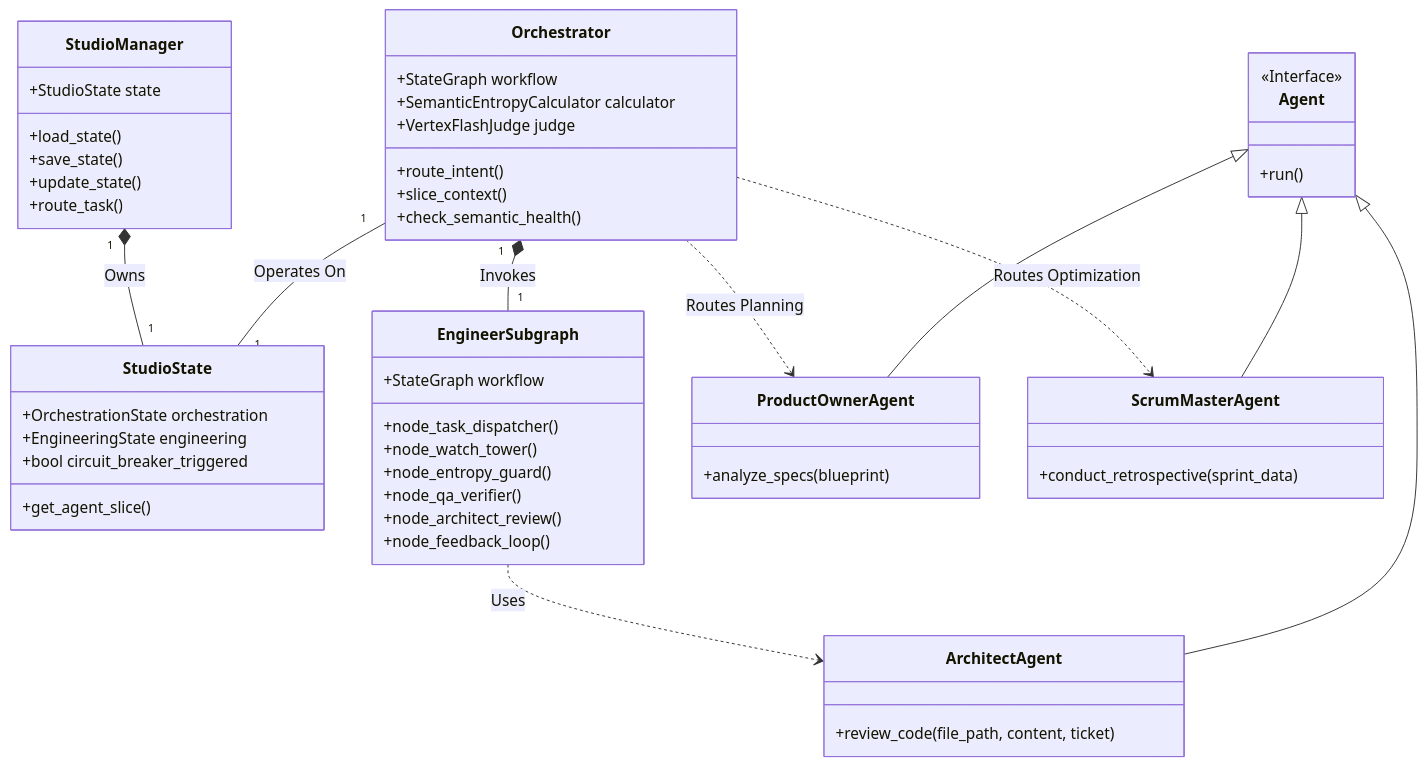
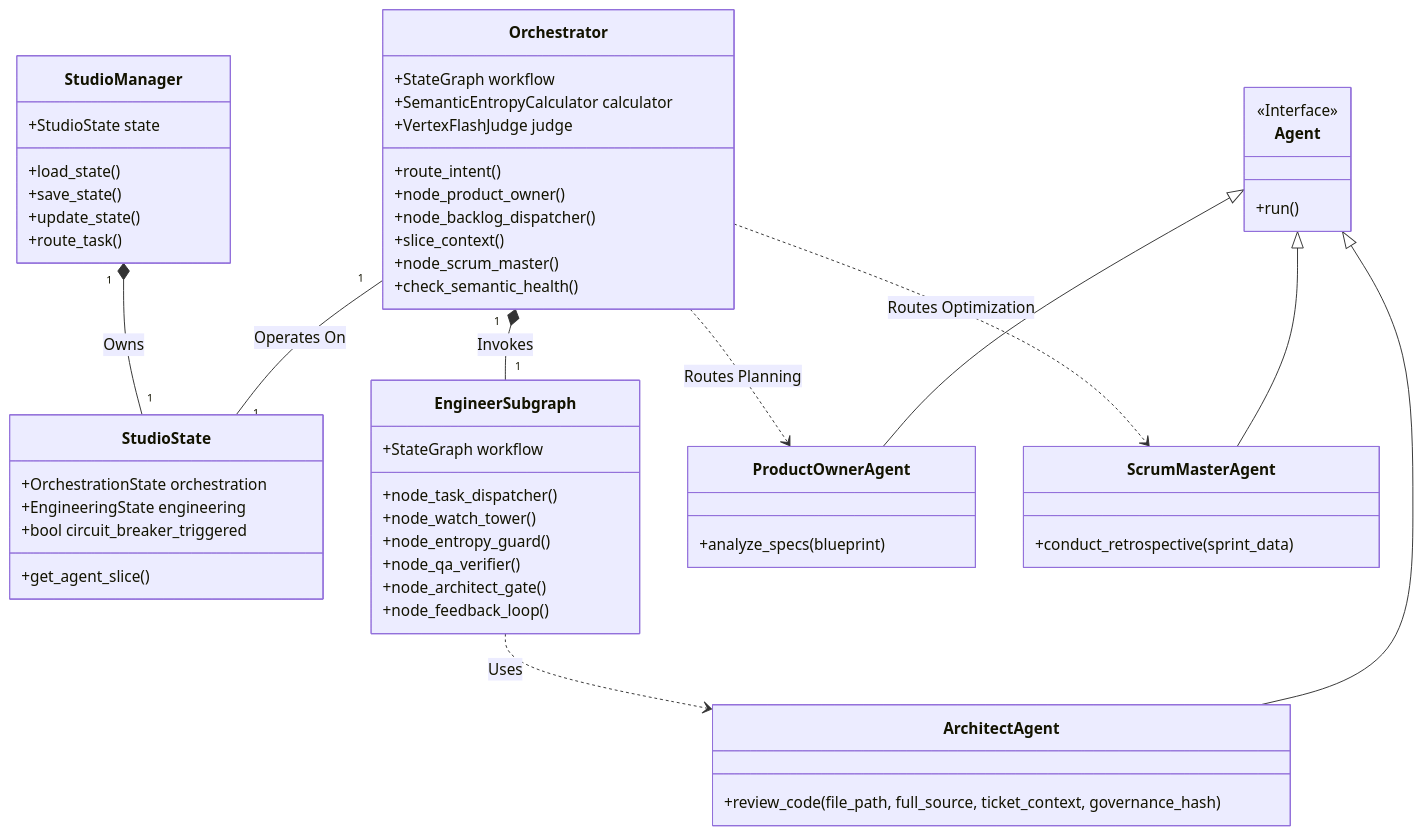
Before and after one commit to jonaschen/ai-bsp-agent: the first of 3 diagrams in DESIGN.md, drawn with Mermaid. The commit also changed other lines of this file and 1 other file, not shown here.

````diff
--- a/DESIGN.md
+++ b/DESIGN.md
@@ -16,63 +16,66 @@
 ```mermaid
 classDiagram
     class StudioManager {
         +StudioState state
         +load_state()
         +save_state()
         +update_state()
         +route_task()
     }
 
     class Orchestrator {
         +StateGraph workflow
         +SemanticEntropyCalculator calculator
         +VertexFlashJudge judge
         +route_intent()
+        +node_product_owner()
+        +node_backlog_dispatcher()
         +slice_context()
+        +node_scrum_master()
         +check_semantic_health()
     }
 
     class StudioState {
         +OrchestrationState orchestration
         +EngineeringState engineering
         +bool circuit_breaker_triggered
         +get_agent_slice()
     }
 
     class EngineerSubgraph {
         +StateGraph workflow
         +node_task_dispatcher()
         +node_watch_tower()
         +node_entropy_guard()
         +node_qa_verifier()
-        +node_architect_review()
+        +node_architect_gate()
         +node_feedback_loop()
     }
 
     class Agent {
         <<Interface>>
         +run()
     }
 
     class ArchitectAgent {
-        +review_code(file_path, content, ticket)
+        +review_code(file_path, full_source, ticket_context, governance_hash)
     }
 
     class ProductOwnerAgent {
         +analyze_specs(blueprint)
     }
 
     class ScrumMasterAgent {
         +conduct_retrospective(sprint_data)
     }
 
     StudioManager "1" *-- "1" StudioState : Owns
     Orchestrator "1" -- "1" StudioState : Operates On
     Orchestrator "1" *-- "1" EngineerSubgraph : Invokes
     EngineerSubgraph ..> ArchitectAgent : Uses
     Orchestrator ..> ProductOwnerAgent : Routes Planning
     Orchestrator ..> ScrumMasterAgent : Routes Optimization
     Agent <|-- ArchitectAgent
     Agent <|-- ProductOwnerAgent
     Agent <|-- ScrumMasterAgent
 ```
````
